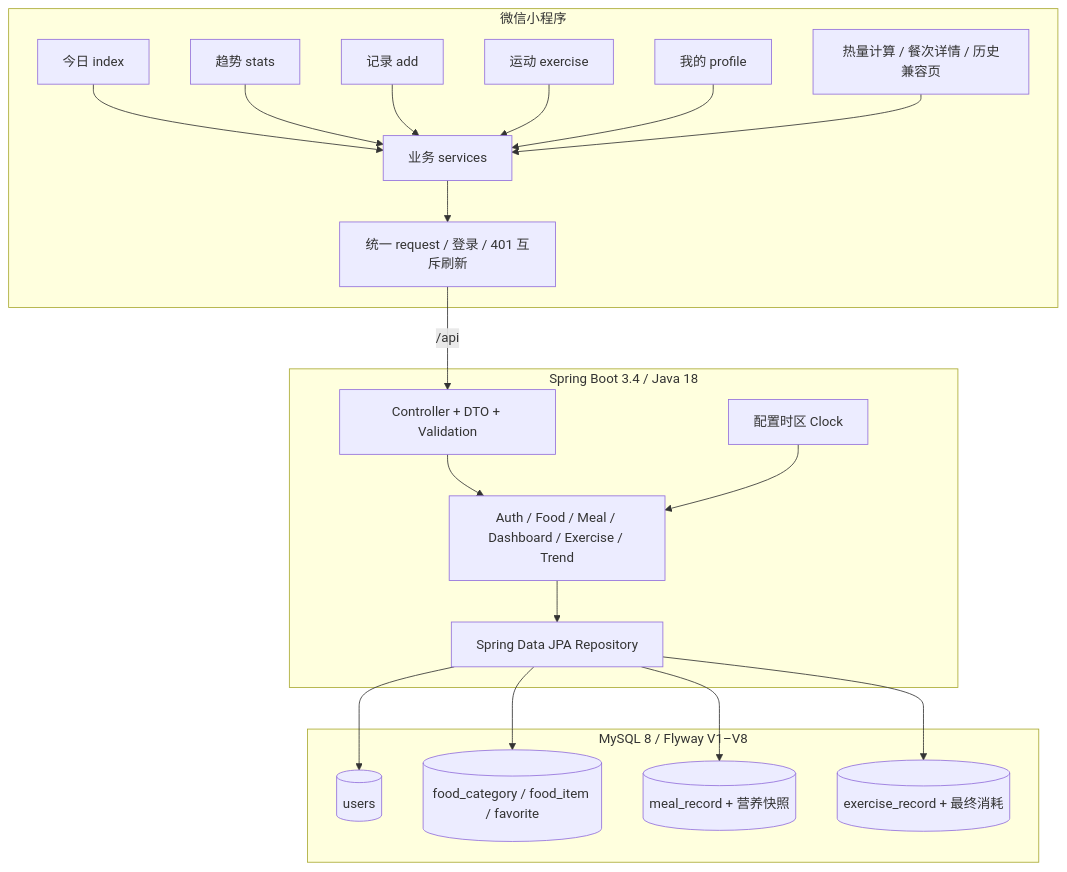
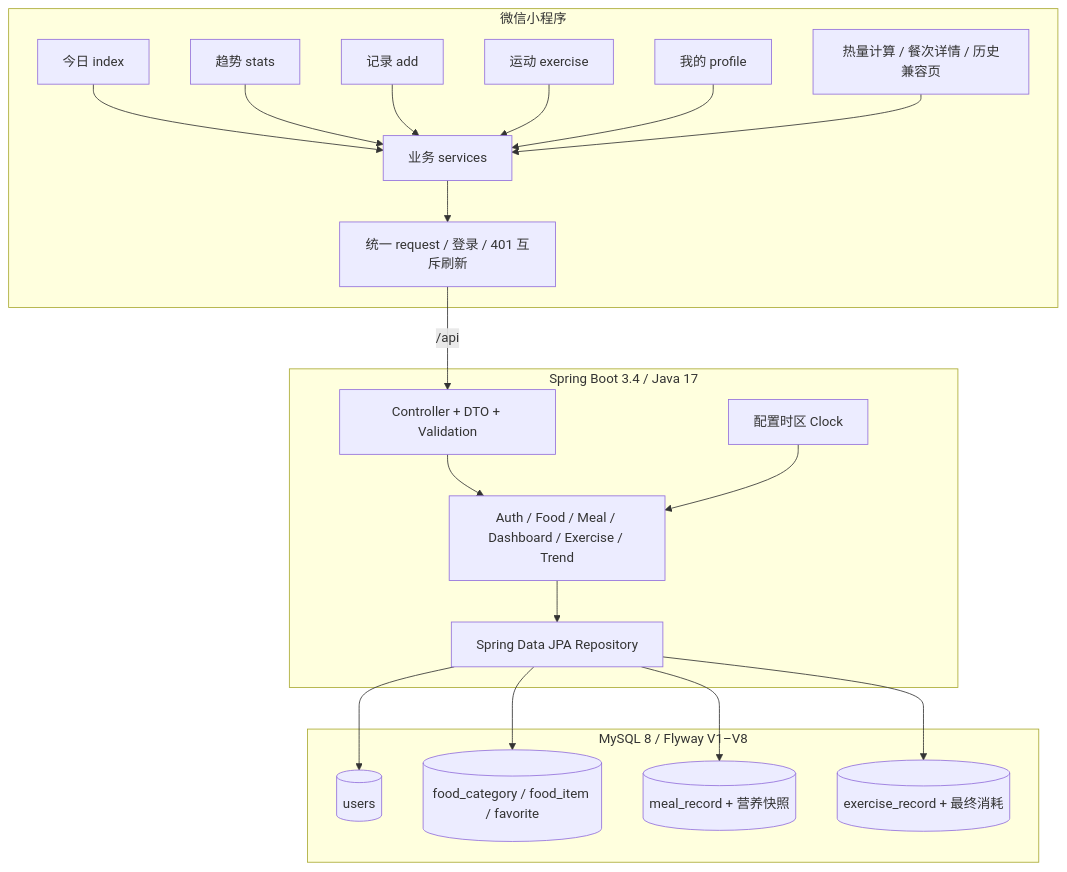
The first of 3 diagrams in docs/architecture.md (Lanlnn/diet-tracker), drawn with Mermaid before and after one commit. The commit also changed other lines of this file and 22 other files, not shown here.

````diff
--- a/docs/architecture.md
+++ b/docs/architecture.md
@@ -7,42 +7,42 @@
 ```mermaid
 graph TB
     subgraph "微信小程序"
         TODAY["今日 index"]
         TREND["趋势 stats"]
         RECORD["记录 add"]
         EXERCISE["运动 exercise"]
         PROFILE["我的 profile"]
         PAGES["热量计算 / 餐次详情 / 历史兼容页"]
         SERVICES["业务 services"]
         REQUEST["统一 request / 登录 / 401 互斥刷新"]
         TODAY --> SERVICES
         TREND --> SERVICES
         RECORD --> SERVICES
         EXERCISE --> SERVICES
         PROFILE --> SERVICES
         PAGES --> SERVICES
         SERVICES --> REQUEST
     end
 
-    subgraph "Spring Boot 3.4 / Java 18"
+    subgraph "Spring Boot 3.4 / Java 17"
         CONTROLLER["Controller + DTO + Validation"]
         SERVICE["Auth / Food / Meal / Dashboard / Exercise / Trend"]
         REPOSITORY["Spring Data JPA Repository"]
         CLOCK["配置时区 Clock"]
         REQUEST -->|"/api"| CONTROLLER
         CONTROLLER --> SERVICE
         CLOCK --> SERVICE
         SERVICE --> REPOSITORY
     end
 
     subgraph "MySQL 8 / Flyway V1–V8"
         USER[(users)]
         FOOD[(food_category / food_item / favorite)]
         MEAL[(meal_record + 营养快照)]
         SPORT[(exercise_record + 最终消耗)]
         REPOSITORY --> USER
         REPOSITORY --> FOOD
         REPOSITORY --> MEAL
         REPOSITORY --> SPORT
     end
 ```
````
